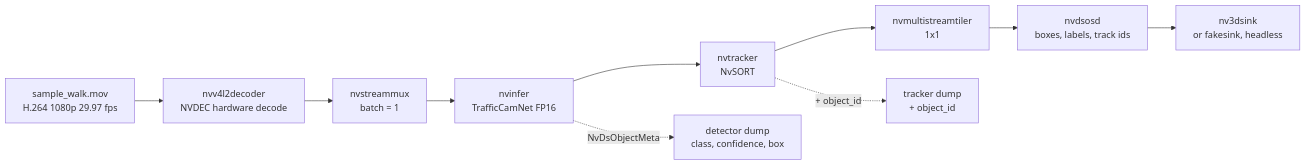
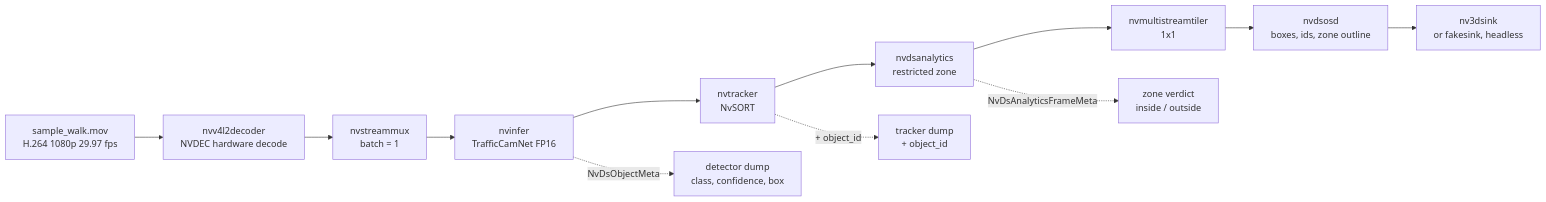
The diagram in README.md (Matan-Vinkler/video-surveillance-with-deepstream), drawn with Mermaid before and after one commit. The commit also changed other lines of this file and 15 other files, not shown here.

First line of the commit message:
Milestone 5 checkpoint 3: restricted-zone analytics with nvdsanalytics

````diff
--- a/README.md
+++ b/README.md
@@ -20,17 +21,20 @@
 ```mermaid
 flowchart LR
     A["sample_walk.mov<br/>H.264 1080p 29.97 fps"]
     B["nvv4l2decoder<br/>NVDEC hardware decode"]
     C["nvstreammux<br/>batch = 1"]
     D["nvinfer<br/>TrafficCamNet FP16"]
     E["nvtracker<br/>NvSORT"]
-    F["nvmultistreamtiler<br/>1x1"]
-    G["nvdsosd<br/>boxes, labels, track ids"]
-    H["nv3dsink<br/>or fakesink, headless"]
-    I["detector dump<br/>class, confidence, box"]
-    J["tracker dump<br/>+ object_id"]
+    F["nvdsanalytics<br/>restricted zone"]
+    G["nvmultistreamtiler<br/>1x1"]
+    H["nvdsosd<br/>boxes, ids, zone outline"]
+    I["nv3dsink<br/>or fakesink, headless"]
+    J["detector dump<br/>class, confidence, box"]
+    K["tracker dump<br/>+ object_id"]
+    L["zone verdict<br/>inside / outside"]
 
-    A --> B --> C --> D --> E --> F --> G --> H
-    D -. "NvDsObjectMeta" .-> I
-    E -. "+ object_id" .-> J
+    A --> B --> C --> D --> E --> F --> G --> H --> I
+    D -. "NvDsObjectMeta" .-> J
+    E -. "+ object_id" .-> K
+    F -. "NvDsAnalyticsFrameMeta" .-> L
 ```
````
